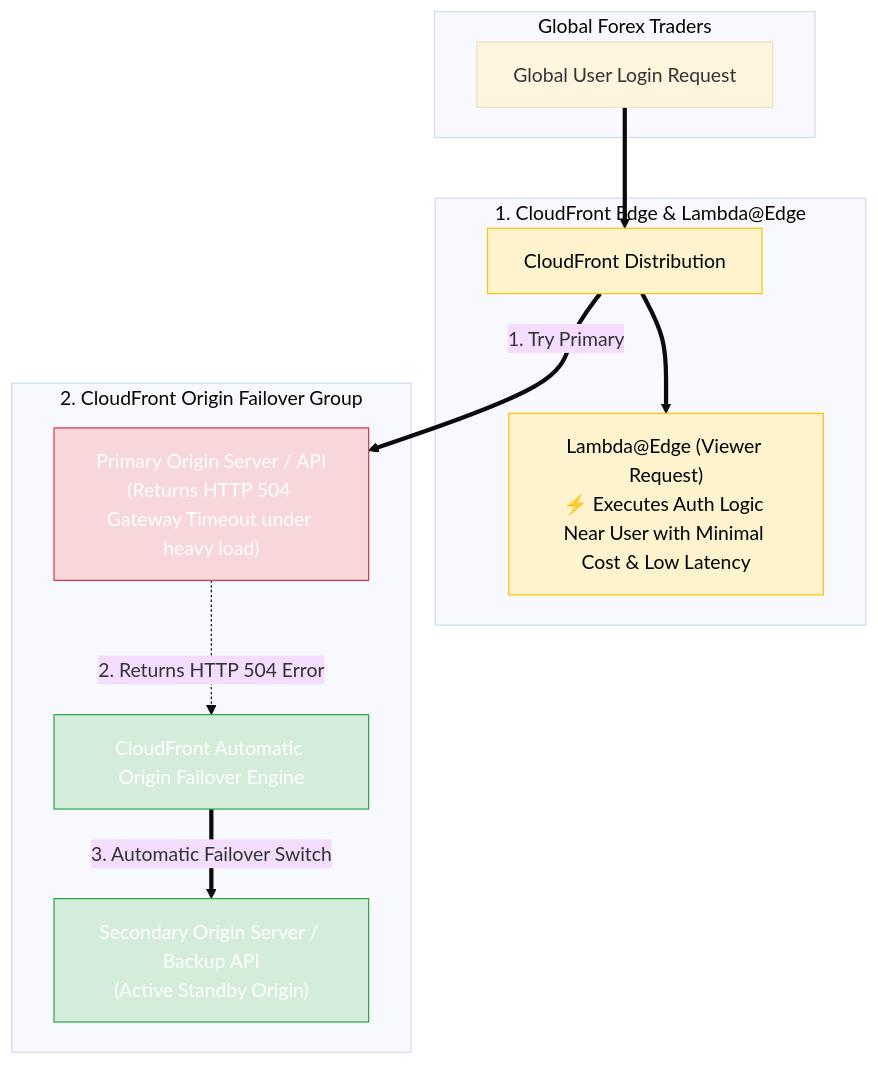
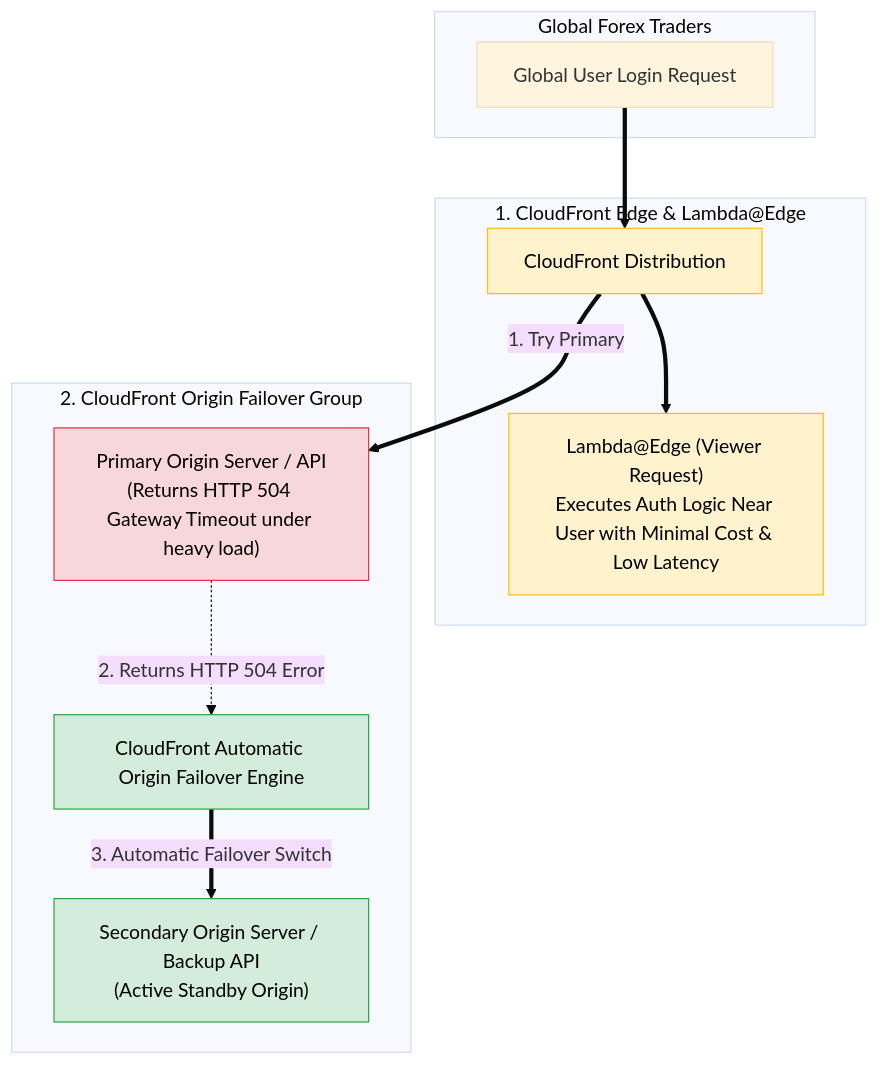
One commit to ReginRavi/AIP-C01 changed the sixth of 20 diagrams in Professional/3.3 Global service offerings (for example, AWS Global Accelerator, Amazon CloudFront, edge computing services).md. Above: the diagram before and after it, drawn with Mermaid (base theme). The commit also changed other lines of this file and 1 other file, not shown here.

Commit message:
Fix mermaid diagram syntax in Global service offerings and High-performing systems architectures notes

````diff
--- a/Professional/3.3 Global service offerings (for example, AWS Global Accelerator, Amazon CloudFront, edge computing services).md
+++ b/Professional/3.3 Global service offerings (for example, AWS Global Accelerator, Amazon CloudFront, edge computing services).md
@@ -224,31 +237,31 @@
 ```mermaid
 flowchart TD
-    subgraph GlobalUsers["Global Forex Traders"]
+    subgraph GlobalUsers ["Global Forex Traders"]
         User["Global User Login Request"]
     end
 
-    subgraph EdgeLayer["1. CloudFront Edge & Lambda@Edge"]
+    subgraph EdgeLayer ["1. CloudFront Edge & Lambda@Edge"]
         CF_Distribution["CloudFront Distribution"]
-        LambdaEdge["Lambda@Edge (Viewer Request)<br/>⚡ Executes Auth Logic Near User with Minimal Cost & Low Latency"]
-        CF_Distribution ==> LambdaEdge
+        LambdaEdge["Lambda@Edge (Viewer Request)<br/>Executes Auth Logic Near User with Minimal Cost & Low Latency"]
     end
 
-    subgraph OriginGroupLayer["2. CloudFront Origin Failover Group"]
+    subgraph OriginGroupLayer ["2. CloudFront Origin Failover Group"]
         PrimaryOrigin["Primary Origin Server / API<br/>(Returns HTTP 504 Gateway Timeout under heavy load)"]
+        CF_Failover["CloudFront Automatic Origin Failover Engine"]
         SecondaryOrigin["Secondary Origin Server / Backup API<br/>(Active Standby Origin)"]
-
-        CF_Distribution ==>|"1. Try Primary"| PrimaryOrigin
-        PrimaryOrigin -.->|"2. Returns HTTP 504 Error"| CF_Failover["CloudFront Automatic Origin Failover Engine"]
-        CF_Failover ==>|"3. Automatic Failover Switch"| SecondaryOrigin
     end
 
     User ==> CF_Distribution
+    CF_Distribution ==> LambdaEdge
+    CF_Distribution ==>|"1. Try Primary"| PrimaryOrigin
+    PrimaryOrigin -.->|"2. Returns HTTP 504 Error"| CF_Failover
+    CF_Failover ==>|"3. Automatic Failover Switch"| SecondaryOrigin
 
     classDef edge fill:#fff3cd,stroke:#ffc107,color:#000000;
-    classDef primary fill:#f8d7da,stroke:#dc3545,color:#ffffff;
-    classDef secondary fill:#d4edda,stroke:#28a745,color:#ffffff;
+    classDef primary fill:#f8d7da,stroke:#dc3545,color:#000000;
+    classDef secondary fill:#d4edda,stroke:#28a745,color:#000000;
 
     class LambdaEdge,CF_Distribution edge;
     class PrimaryOrigin primary;
     class SecondaryOrigin,CF_Failover secondary;
 ```
````
